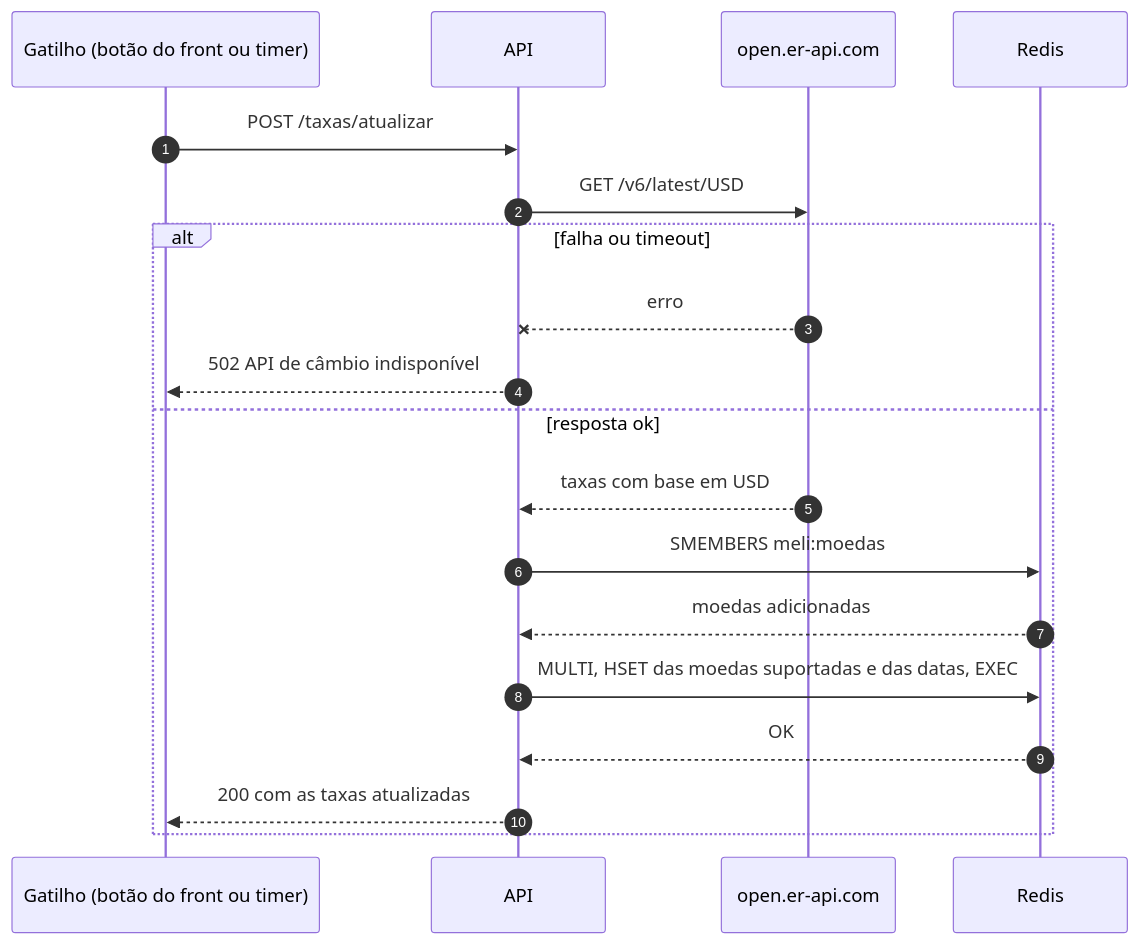
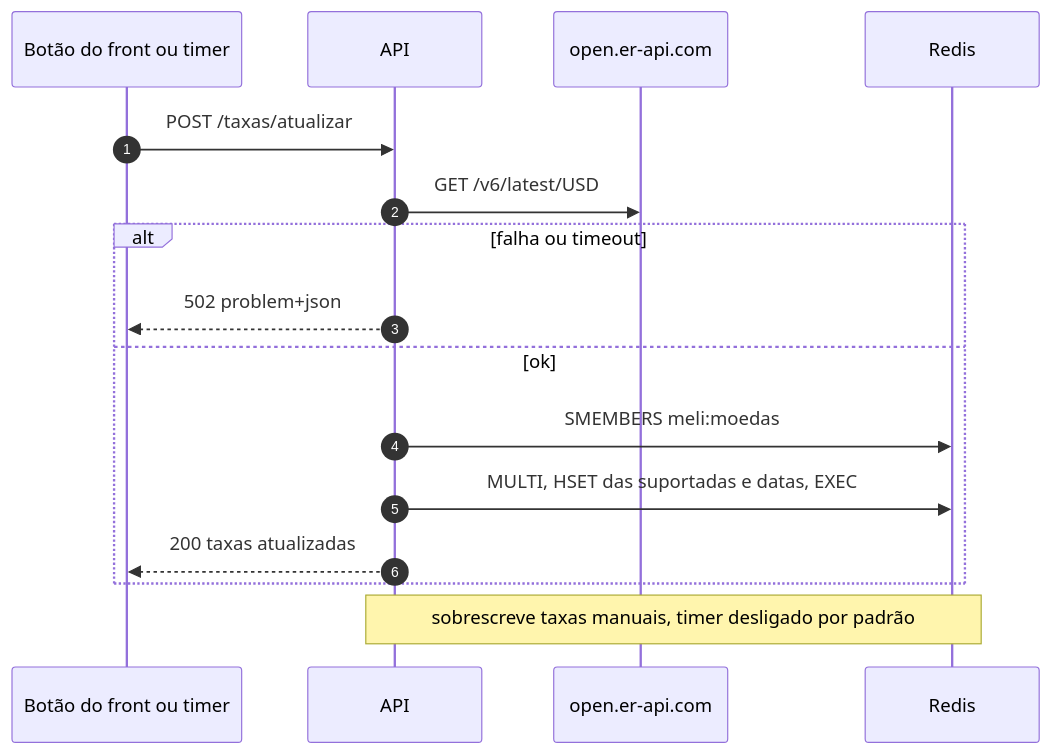
The fourth of 4 diagrams in docs/system-design.md (marheusmatos/meli-conversor-moeda), drawn with Mermaid before and after one commit. The commit also changed other lines of this file and 38 other files, not shown here.

````diff
--- a/docs/system-design.md
+++ b/docs/system-design.md
@@ -215,22 +117,18 @@
 ```mermaid
 sequenceDiagram
     autonumber
-    participant G as Gatilho (botão do front ou timer)
+    participant G as Botão do front ou timer
     participant A as API
     participant C as open.er-api.com
     participant R as Redis
-
     G->>A: POST /taxas/atualizar
     A->>C: GET /v6/latest/USD
     alt falha ou timeout
-        C--xA: erro
-        A-->>G: 502 API de câmbio indisponível
-    else resposta ok
-        C-->>A: taxas com base em USD
+        A-->>G: 502 problem+json
+    else ok
         A->>R: SMEMBERS meli:moedas
-        R-->>A: moedas adicionadas
-        A->>R: MULTI, HSET das moedas suportadas e das datas, EXEC
-        R-->>A: OK
-        A-->>G: 200 com as taxas atualizadas
+        A->>R: MULTI, HSET das suportadas e datas, EXEC
+        A-->>G: 200 taxas atualizadas
     end
+    Note over A,R: sobrescreve taxas manuais, timer desligado por padrão
 ```
````
